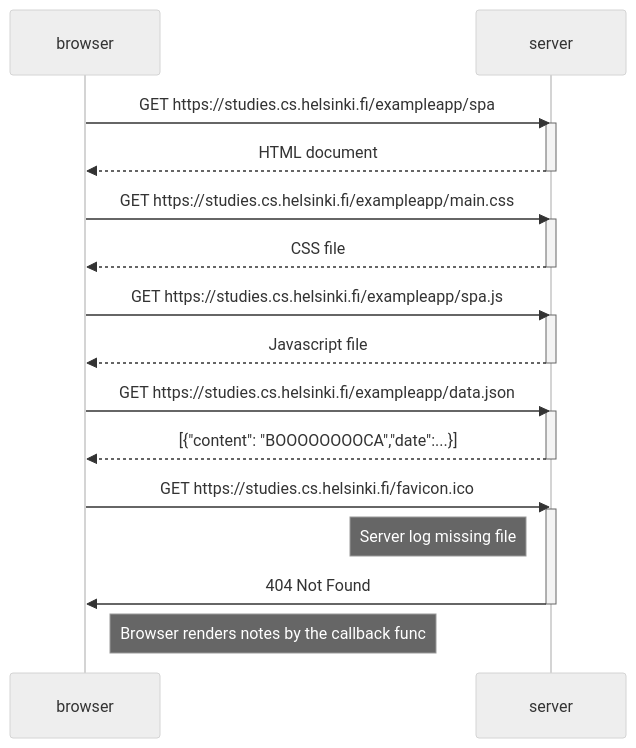
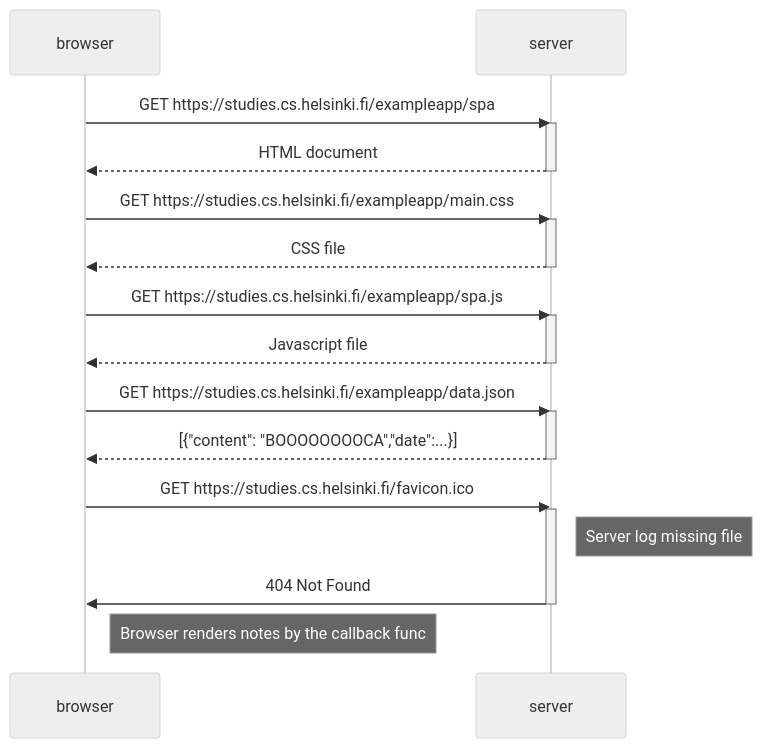
Before and after one commit to oskrsjlnd/fullstacc-open: the diagram in part0/spa.md, drawn with Mermaid (neutral theme). The commit also changed 2 other files, not shown here.

Commit message:
New note spa diagram

````diff
--- a/part0/spa.md
+++ b/part0/spa.md
@@ -1,33 +1,33 @@
 ```mermaid
     sequenceDiagram
     participant browser
     participant server
 
     browser->>server: GET https://studies.cs.helsinki.fi/exampleapp/spa
     activate server
     server-->>browser: HTML document
     deactivate server
 
     browser->>server: GET https://studies.cs.helsinki.fi/exampleapp/main.css
     activate server
     server-->>browser: CSS file
     deactivate server
 
     browser->>server: GET https://studies.cs.helsinki.fi/exampleapp/spa.js
     activate server
     server-->>browser: Javascript file
     deactivate server
 
     browser->>server: GET https://studies.cs.helsinki.fi/exampleapp/data.json
     activate server
     server-->>browser: [{"content": "BOOOOOOOOCA","date":...}]
     deactivate server
     
     browser->>server: GET https://studies.cs.helsinki.fi/favicon.ico
     activate server
-    Note left of server: Server log missing file
+    Note right of server: Server log missing file
     server->>browser: 404 Not Found
     deactivate server
 
     Note right of browser: Browser renders notes by the callback func
 ```
````
